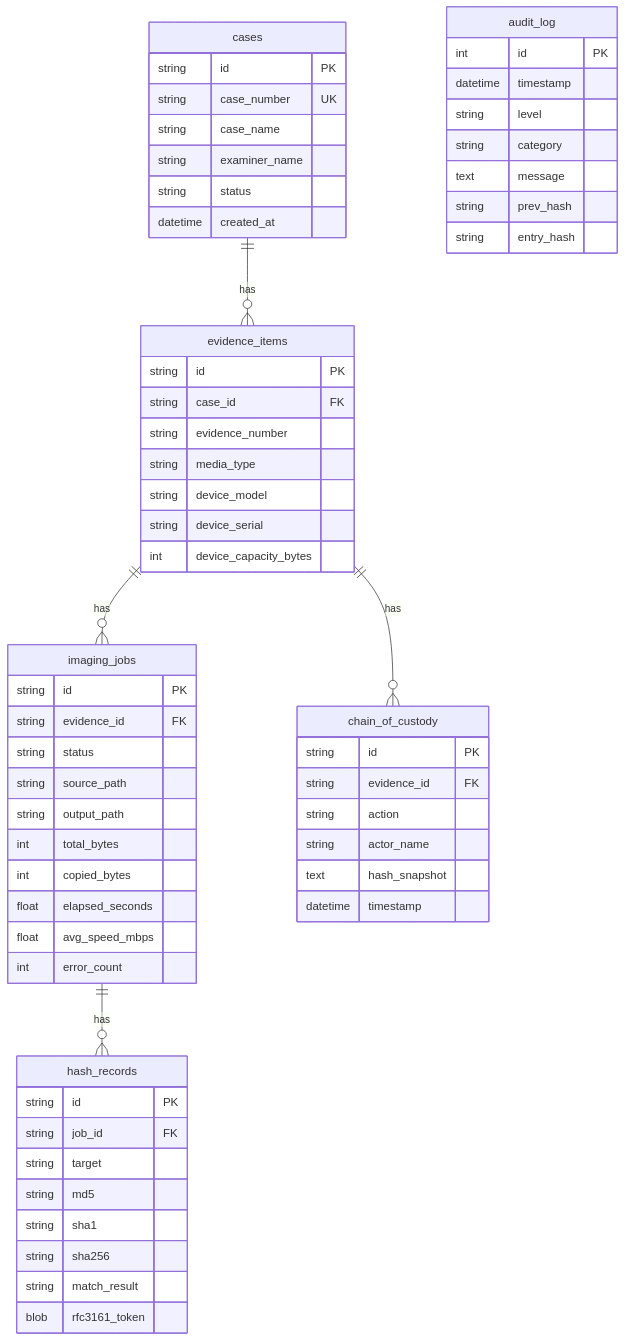
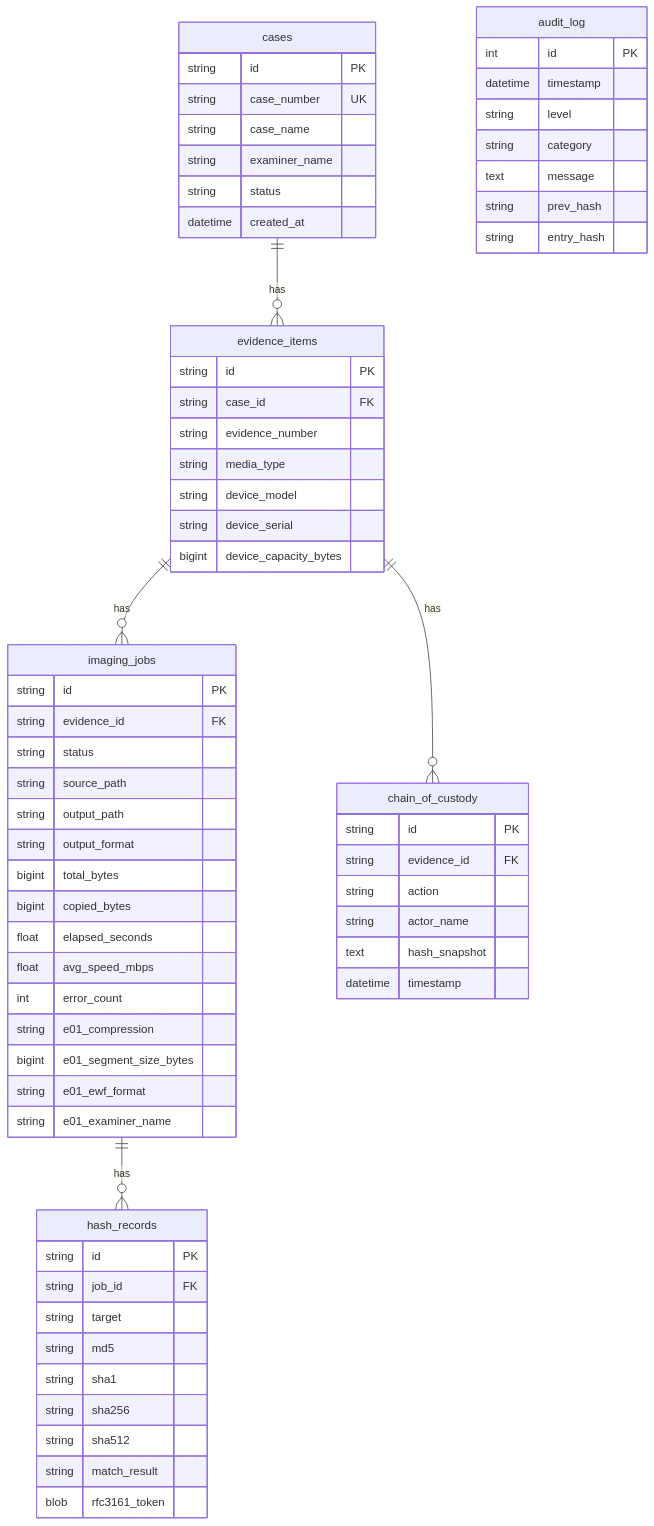
One commit to matrix9neonebuchadnezzar2199-sketch/Magia-Forensic-Evidence-Preservation-Suite-MFEPS- changed the diagram in README.md. Above: the diagram before and after it, drawn with Mermaid. The commit also changed other lines of this file and 4 other files, not shown here.

````diff
--- a/README.md
+++ b/README.md
@@ -220,69 +277,75 @@
 ```mermaid
 erDiagram
     cases ||--o{ evidence_items : has
     evidence_items ||--o{ imaging_jobs : has
     evidence_items ||--o{ chain_of_custody : has
     imaging_jobs ||--o{ hash_records : has
 
     cases {
         string id PK
         string case_number UK
         string case_name
         string examiner_name
         string status
         datetime created_at
     }
 
     evidence_items {
         string id PK
         string case_id FK
         string evidence_number
         string media_type
         string device_model
         string device_serial
-        int device_capacity_bytes
+        bigint device_capacity_bytes
     }
 
     imaging_jobs {
         string id PK
         string evidence_id FK
         string status
         string source_path
         string output_path
-        int total_bytes
-        int copied_bytes
+        string output_format
+        bigint total_bytes
+        bigint copied_bytes
         float elapsed_seconds
         float avg_speed_mbps
         int error_count
+        string e01_compression
+        bigint e01_segment_size_bytes
+        string e01_ewf_format
+        string e01_examiner_name
     }
 
     hash_records {
         string id PK
         string job_id FK
         string target
         string md5
         string sha1
         string sha256
+        string sha512
         string match_result
         blob rfc3161_token
     }
 
     chain_of_custody {
         string id PK
         string evidence_id FK
         string action
         string actor_name
         text hash_snapshot
         datetime timestamp
     }
 
     audit_log {
         int id PK
         datetime timestamp
         string level
         string category
         text message
         string prev_hash
         string entry_hash
     }
 ```
````
